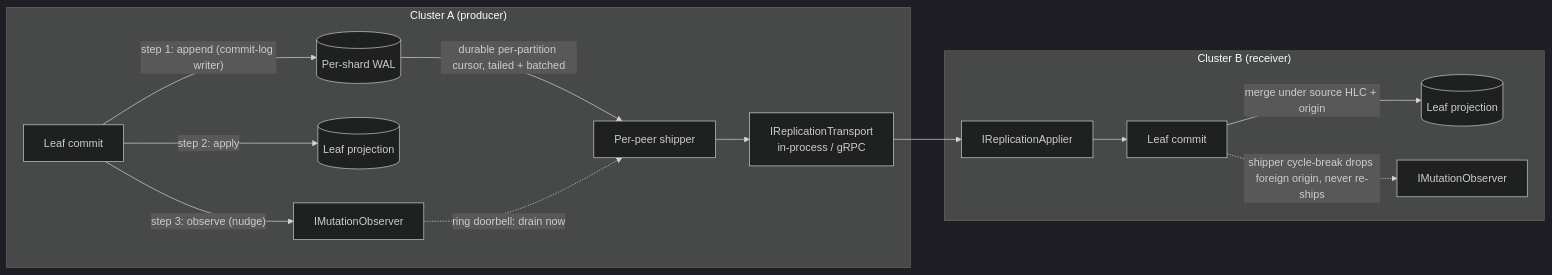
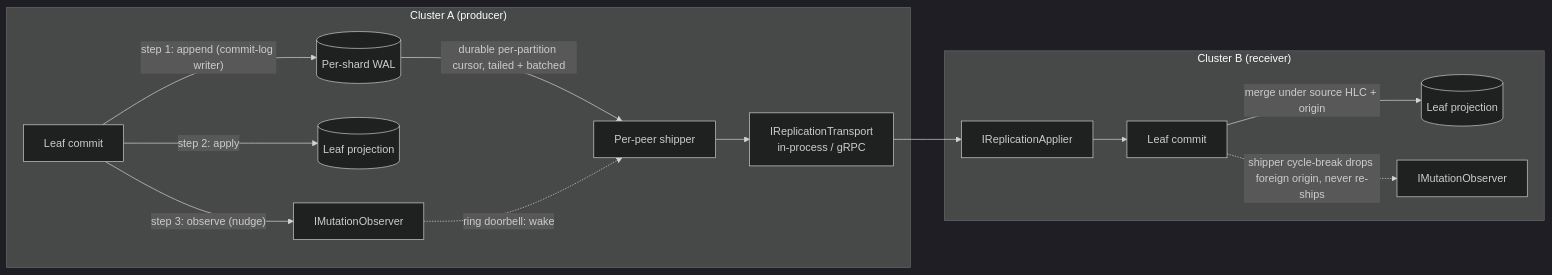
Before and after one commit to NSTA1/Orleans.Lattice: the diagram in docs/lattice.replication/architecture.md, drawn with Mermaid (dark theme). The commit also changed other lines of this file and 332 other files, not shown here.

````diff
--- a/docs/lattice.replication/architecture.md
+++ b/docs/lattice.replication/architecture.md
@@ -18,19 +22,19 @@
 ```mermaid
 flowchart LR
     subgraph "Cluster A (producer)"
         Leaf[Leaf commit]
         Leaf -->|"step 1: append (commit-log writer)"| Wal[(Per-shard WAL)]
         Leaf -->|"step 2: apply"| Proj[(Leaf projection)]
         Leaf -->|"step 3: observe (nudge)"| Capture[IMutationObserver]
         Wal -->|"durable per-partition cursor, tailed + batched"| Ship[Per-peer shipper]
-        Capture -.->|"ring doorbell: drain now"| Ship
+        Capture -.->|"ring doorbell: wake"| Ship
         Ship --> Transport[IReplicationTransport<br/>in-process / gRPC]
     end
 
     subgraph "Cluster B (receiver)"
         Transport --> Apply[IReplicationApplier]
         Apply --> LeafB[Leaf commit]
         LeafB -->|"merge under source HLC + origin"| ProjB[(Leaf projection)]
         LeafB -.->|"shipper cycle-break drops foreign origin, never re-ships"| CaptureB[IMutationObserver]
     end
 ```
````
